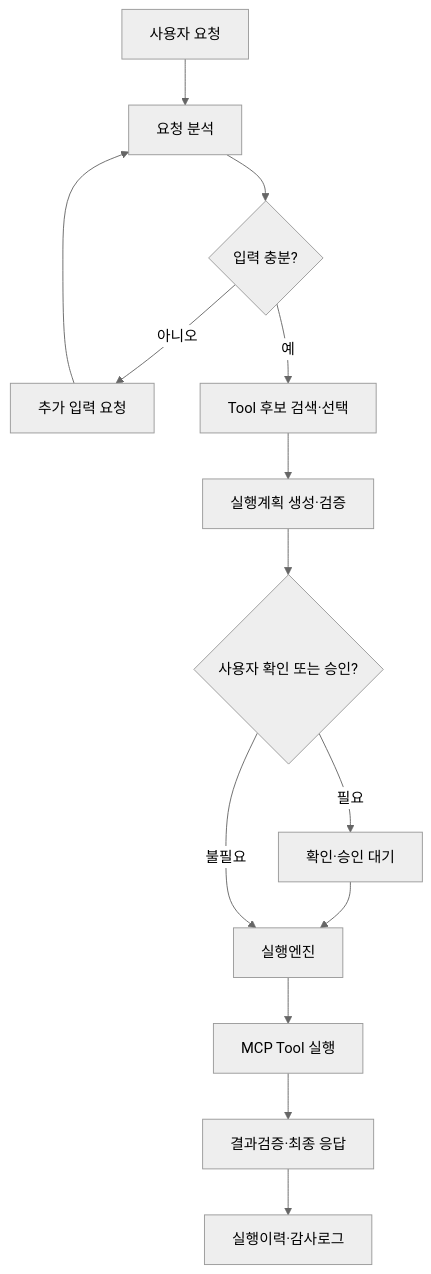
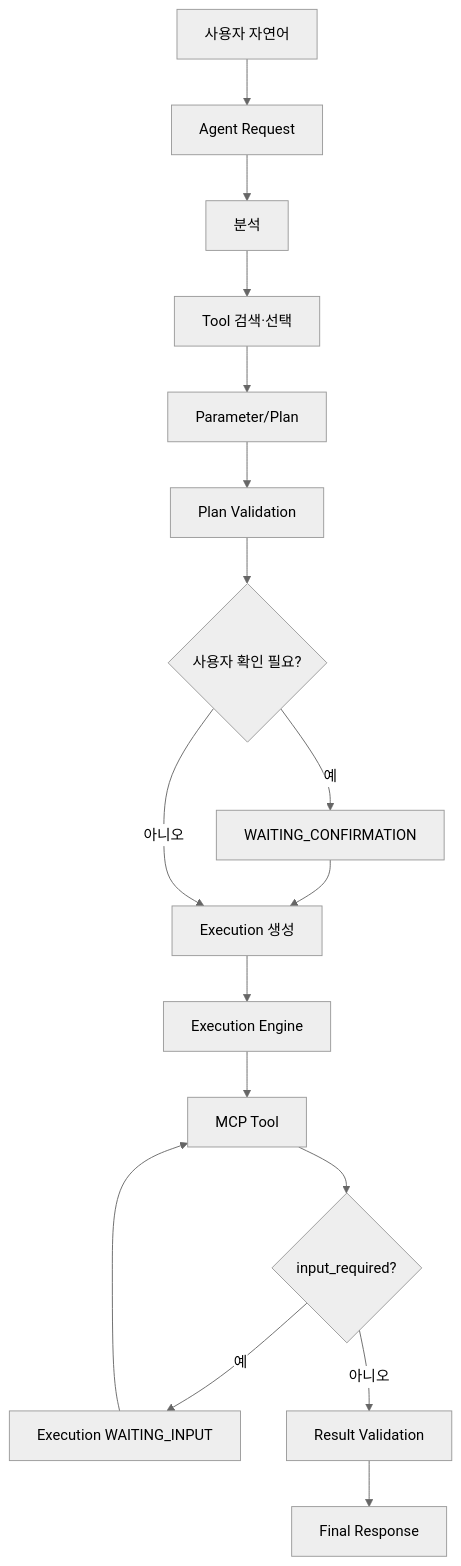
One commit to ramza2/mcp-flow changed the diagram in docs/02-functional-specification.md. Above: the diagram before and after it, drawn with Mermaid (neutral theme). The commit also changed other lines of this file, not shown here.

````diff
--- a/docs/02-functional-specification.md
+++ b/docs/02-functional-specification.md
@@ -55,16 +52,19 @@
 ```mermaid
 flowchart TD
-    A["사용자 요청"] --> B["요청 분석"]
-    B --> C{"입력 충분?"}
-    C -- "아니오" --> D["추가 입력 요청"]
-    D --> B
-    C -- "예" --> E["Tool 후보 검색·선택"]
-    E --> F["실행계획 생성·검증"]
-    F --> G{"사용자 확인 또는 승인?"}
-    G -- "필요" --> H["확인·승인 대기"]
-    H --> I["실행엔진"]
-    G -- "불필요" --> I
-    I --> J["MCP Tool 실행"]
-    J --> K["결과검증·최종 응답"]
-    K --> L["실행이력·감사로그"]
+    U[사용자 자연어] --> AR[Agent Request]
+    AR --> A[분석]
+    A --> R[Tool 검색·선택]
+    R --> P[Parameter/Plan]
+    P --> V[Plan Validation]
+    V --> C{사용자 확인 필요?}
+    C -- 예 --> W[WAITING_CONFIRMATION]
+    W --> E[Execution 생성]
+    C -- 아니오 --> E
+    E --> X[Execution Engine]
+    X --> T[MCP Tool]
+    T --> M{input_required?}
+    M -- 예 --> I[Execution WAITING_INPUT]
+    I --> T
+    M -- 아니오 --> O[Result Validation]
+    O --> F[Final Response]
 ```
````
